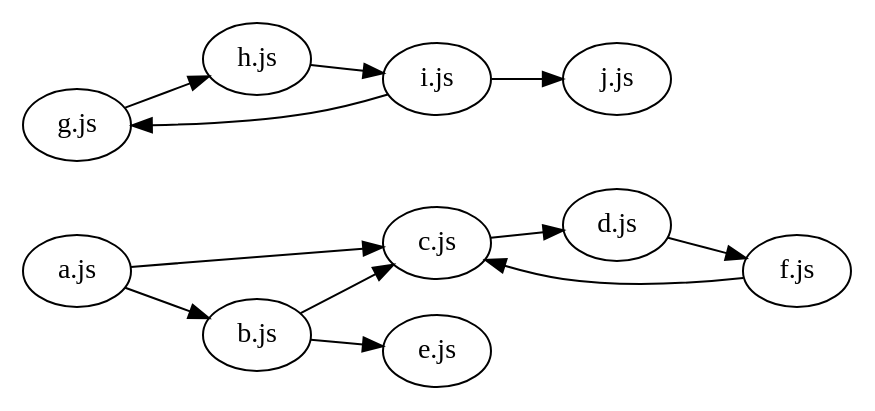
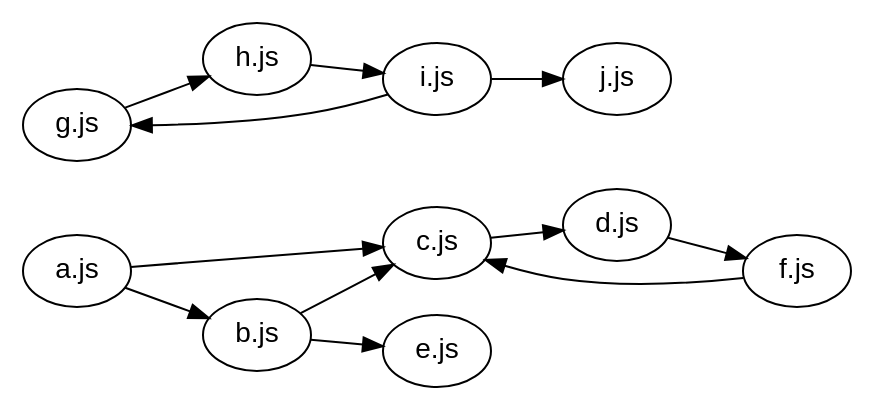
The diagram in docs/example4.gv (TomerAberbach/find-entry-points), drawn with Graphviz before and after one commit. The commit also changed 7 other files, not shown here.

Commit message:
docs: use user's font for graphs

```diff
--- a/docs/example4.gv
+++ b/docs/example4.gv
@@ -1,12 +1,12 @@
 digraph {
   rankdir = "LR";
-  node [fontname = "Ubuntu"];
+  node [fontname = "sans-serif"];
 
   "a.js" -> { "b.js" "c.js" };
   "b.js" -> "c.js" -> "d.js" -> "f.js";
   "b.js" -> "e.js";
   "f.js" -> "c.js";
 
   "g.js" -> "h.js" -> "i.js" -> "g.js";
   "i.js" -> "j.js";
 }
```
